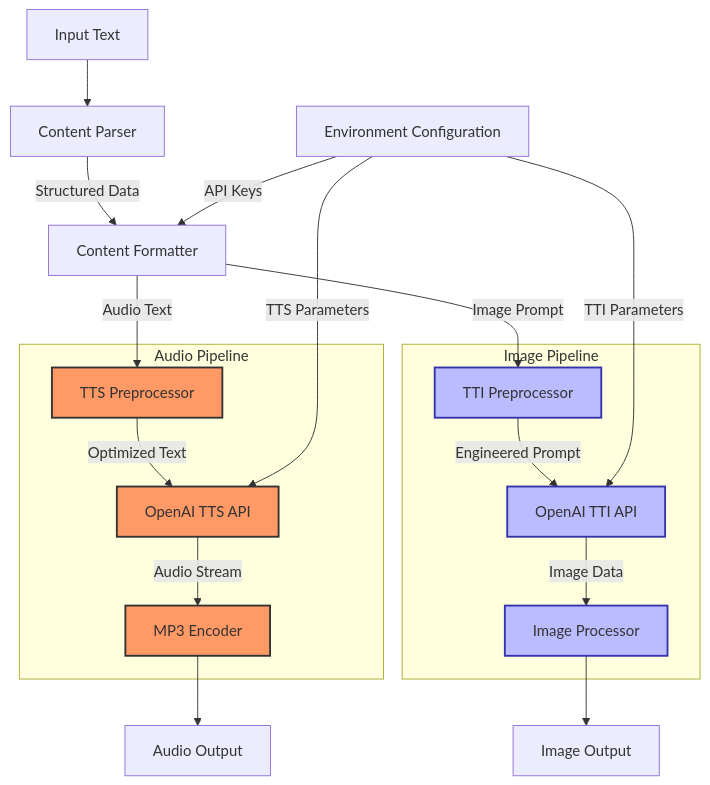
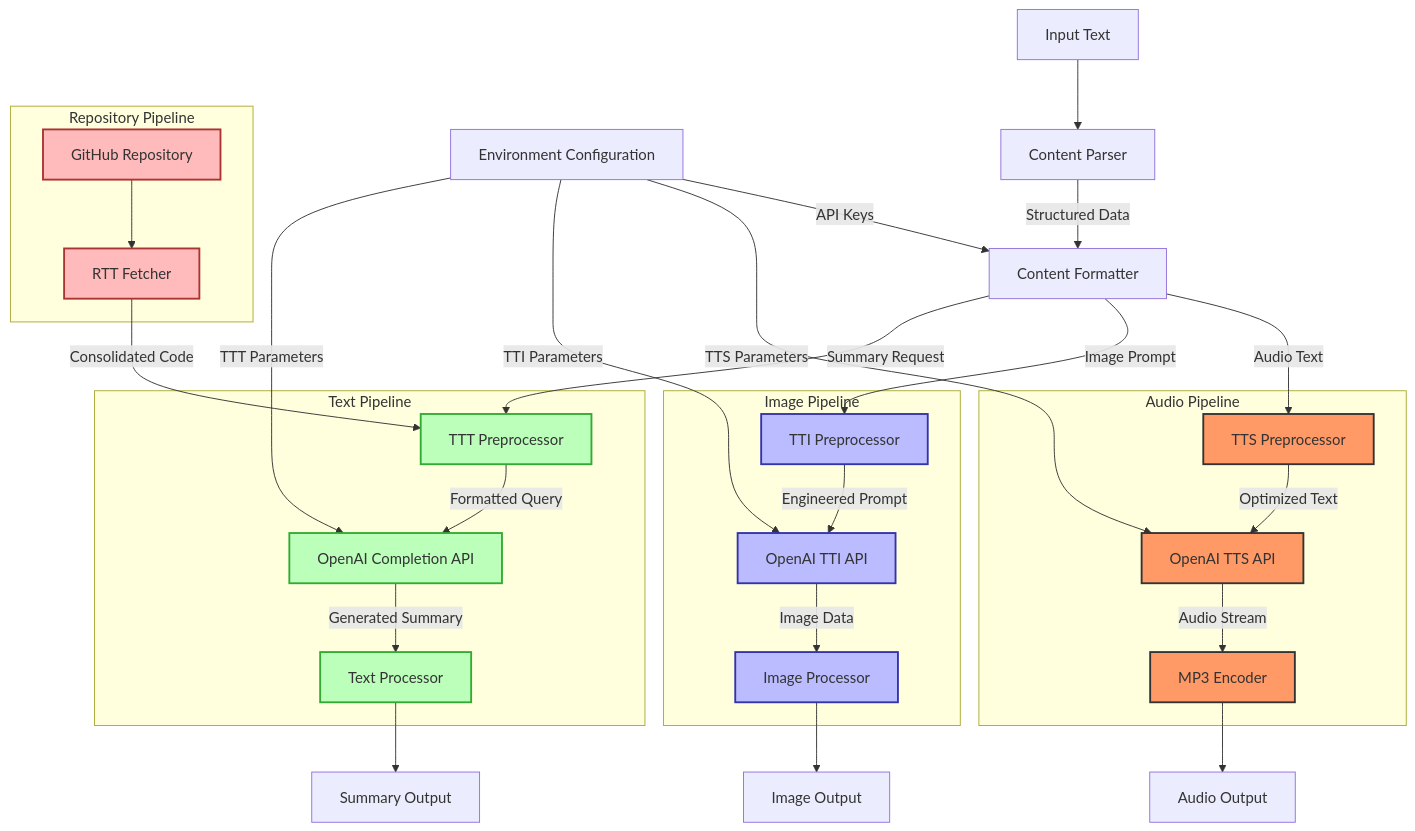
One commit to niklas-xgh-dev/ttx changed the diagram in README.md. Above: the diagram before and after it, drawn with Mermaid. The commit also changed other lines of this file, not shown here.

````diff
--- a/README.md
+++ b/README.md
@@ -11,40 +29,64 @@
 ```mermaid
 graph TD
     A[Input Text] --> B[Content Parser]
     B --> |Structured Data| C[Content Formatter]
     
     C --> |Audio Text| D1[TTS Preprocessor]
     C --> |Image Prompt| D2[TTI Preprocessor]
+    C --> |Summary Request| D3[TTT Preprocessor]
     
     D1 --> |Optimized Text| E1[OpenAI TTS API]
     D2 --> |Engineered Prompt| E2[OpenAI TTI API]
+    D3 --> |Formatted Query| E3[OpenAI Completion API]
+    
+    R1[GitHub Repository] --> R2[RTT Fetcher]
+    R2 --> |Consolidated Code| D3
     
     E1 --> |Audio Stream| F1[MP3 Encoder]
     E2 --> |Image Data| F2[Image Processor]
+    E3 --> |Generated Summary| F3[Text Processor]
     
     F1 --> G1[Audio Output]
     F2 --> G2[Image Output]
+    F3 --> G3[Summary Output]
     
     H[Environment Configuration] --> |API Keys| C
     H --> |TTS Parameters| E1
     H --> |TTI Parameters| E2
+    H --> |TTT Parameters| E3
     
     subgraph "Audio Pipeline"
     D1
     E1
     F1
     end
     
     subgraph "Image Pipeline"
     D2
     E2
     F2
     end
     
+    subgraph "Text Pipeline"
+    D3
+    E3
+    F3
+    end
+    
+    subgraph "Repository Pipeline"
+    R1
+    R2
+    end
+    
     style D1 fill:#f96,stroke:#333,stroke-width:2px
     style E1 fill:#f96,stroke:#333,stroke-width:2px
     style F1 fill:#f96,stroke:#333,stroke-width:2px
     style D2 fill:#bbf,stroke:#33a,stroke-width:2px
     style E2 fill:#bbf,stroke:#33a,stroke-width:2px
     style F2 fill:#bbf,stroke:#33a,stroke-width:2px
+    style D3 fill:#bfb,stroke:#3a3,stroke-width:2px
+    style E3 fill:#bfb,stroke:#3a3,stroke-width:2px
+    style F3 fill:#bfb,stroke:#3a3,stroke-width:2px
+    style R1 fill:#fbb,stroke:#a33,stroke-width:2px
+    style R2 fill:#fbb,stroke:#a33,stroke-width:2px
 ```
````
